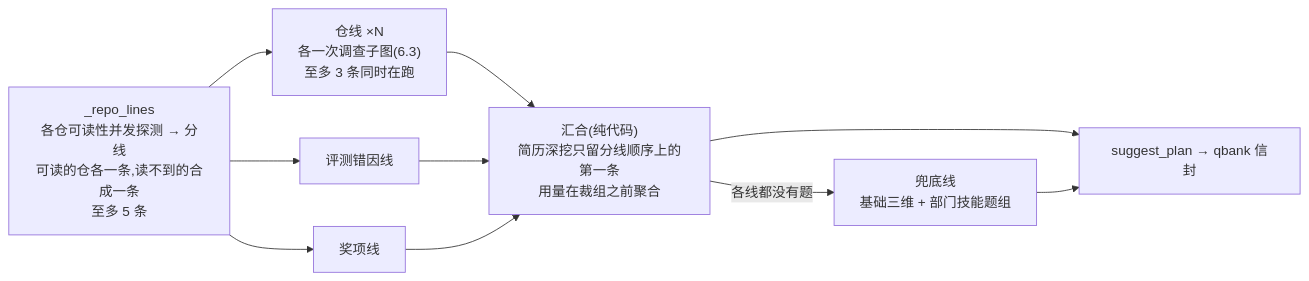
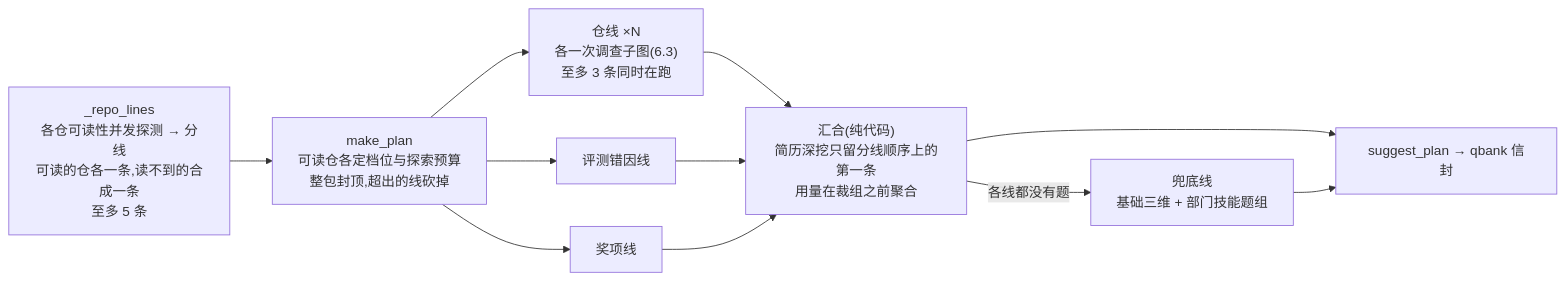
Before and after one commit to Boyuan-IT-Club/Official_Web_Agent: the ninth of 10 diagrams in docs/architecture.md, drawn with Mermaid. The commit also changed other lines of this file and 21 other files, not shown here.

````diff
--- a/docs/architecture.md
+++ b/docs/architecture.md
@@ -283,12 +284,13 @@
 ```mermaid
 flowchart LR
-    SPLIT["_repo_lines<br/>各仓可读性并发探测 → 分线<br/>可读的仓各一条,读不到的合成一条<br/>至多 5 条"] --> REPO["仓线 ×N<br/>各一次调查子图(6.3)<br/>至多 3 条同时在跑"]
-    SPLIT --> AG["评测错因线"]
-    SPLIT --> AW["奖项线"]
+    SPLIT["_repo_lines<br/>各仓可读性并发探测 → 分线<br/>可读的仓各一条,读不到的合成一条<br/>至多 5 条"] --> PLAN["make_plan<br/>可读仓各定档位与探索预算<br/>整包封顶,超出的线砍掉"]
+    PLAN --> REPO["仓线 ×N<br/>各一次调查子图(6.3)<br/>至多 3 条同时在跑"]
+    PLAN --> AG["评测错因线"]
+    PLAN --> AW["奖项线"]
     REPO --> JOIN["汇合(纯代码)<br/>简历深挖只留分线顺序上的第一条<br/>用量在裁组之前聚合"]
     AG --> JOIN
     AW --> JOIN
     JOIN -->|各线都没有题| FB["兜底线<br/>基础三维 + 部门技能题组"]
     JOIN --> ENV["suggest_plan → qbank 信封"]
     FB --> ENV
 ```
````
